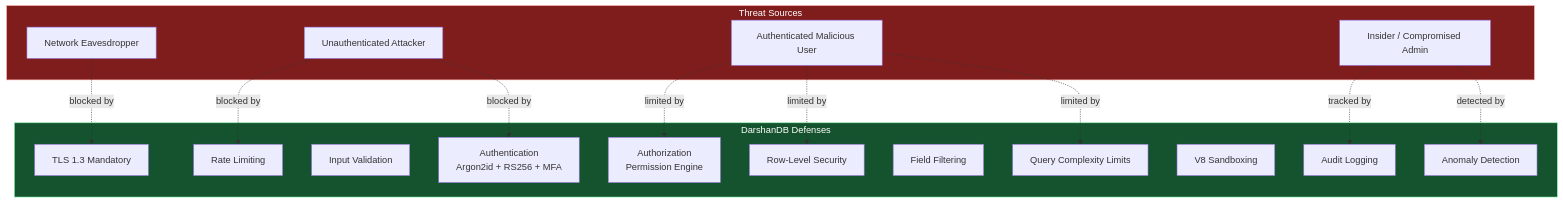
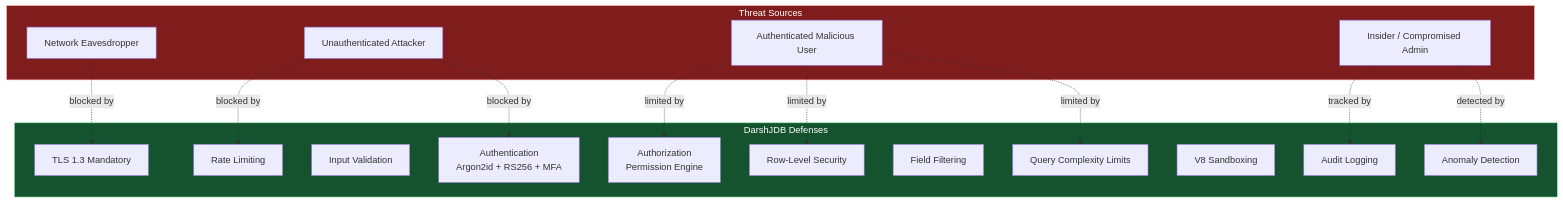
The diagram in docs/security.md (darshjme/darshjdb), drawn with Mermaid before and after one commit. The commit also changed other lines of this file and 107 other files, not shown here.

First line of the commit message:
rebrand: DarshanDB → DarshJDB (DDB)

````diff
--- a/docs/security.md
+++ b/docs/security.md
@@ -7,35 +7,35 @@
 ```mermaid
 flowchart TD
     subgraph Threats["Threat Sources"]
         AT[Unauthenticated Attacker]
         AU[Authenticated Malicious User]
         IN[Insider / Compromised Admin]
         NW[Network Eavesdropper]
     end
 
-    subgraph Defenses["DarshanDB Defenses"]
+    subgraph Defenses["DarshJDB Defenses"]
         TLS[TLS 1.3 Mandatory]
         RL[Rate Limiting]
         IV[Input Validation]
         AUTH[Authentication<br/>Argon2id + RS256 + MFA]
         AUTHZ[Authorization<br/>Permission Engine]
         RLS[Row-Level Security]
         FF[Field Filtering]
         QC[Query Complexity Limits]
         V8[V8 Sandboxing]
         AL[Audit Logging]
         AD[Anomaly Detection]
     end
 
     NW -.->|blocked by| TLS
     AT -.->|blocked by| RL
     AT -.->|blocked by| AUTH
     AU -.->|limited by| AUTHZ
     AU -.->|limited by| RLS
     AU -.->|limited by| QC
     IN -.->|tracked by| AL
     IN -.->|detected by| AD
 
     style Threats fill:#7f1d1d,stroke:#fca5a5,color:#fff
     style Defenses fill:#14532d,stroke:#86efac,color:#fff
 ```
````
